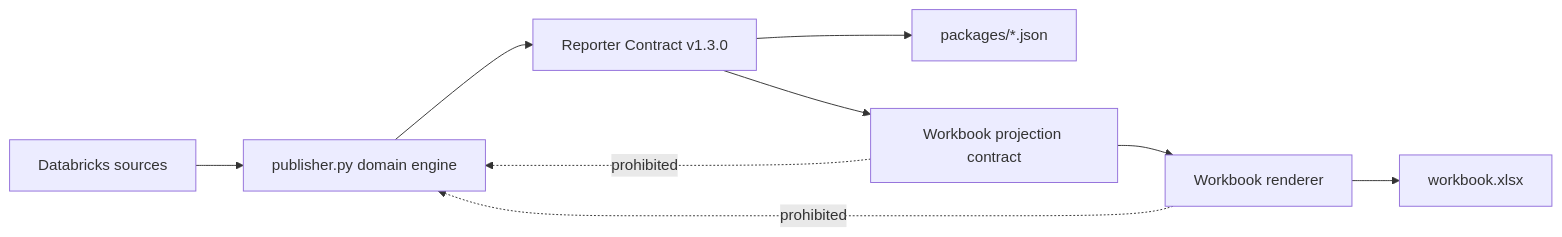
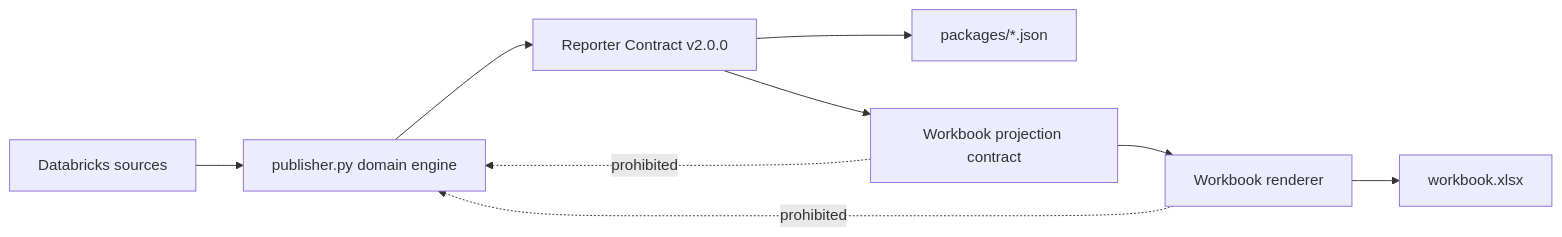
The first of 19 diagrams in docs/architecture/lld.md (thiaga-gk/expert-funicular), drawn with Mermaid before and after one commit. The commit also changed other lines of this file and 25 other files, not shown here.

````diff
--- a/docs/architecture/lld.md
+++ b/docs/architecture/lld.md
@@ -66,12 +66,12 @@
 ```mermaid
 flowchart LR
     SRC[Databricks sources] --> PUB[publisher.py domain engine]
-    PUB --> RC[Reporter Contract v1.3.0]
+    PUB --> RC[Reporter Contract v2.0.0]
     RC --> JSON[packages/*.json]
     RC --> WC[Workbook projection contract]
     WC --> XR[Workbook renderer]
     XR --> XLSX[workbook.xlsx]
 
     WC -. prohibited .-> PUB
     XR -. prohibited .-> PUB
 ```
````
